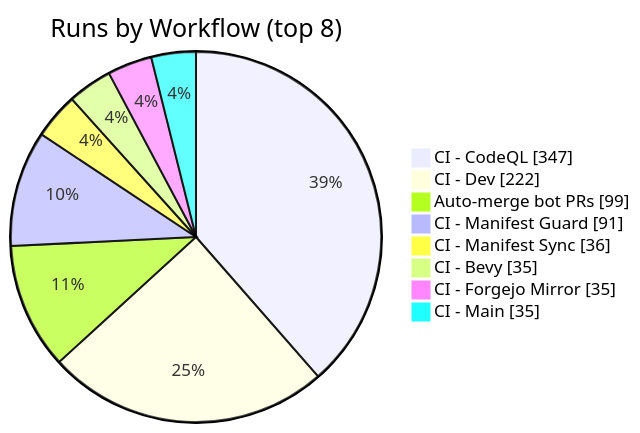
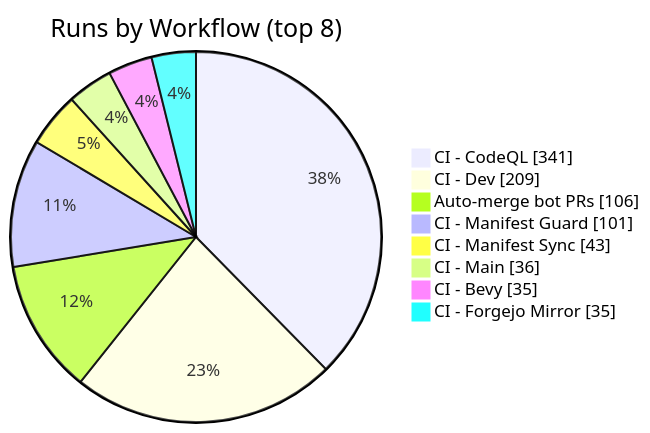
One commit to KBVE/kbve changed the second of 2 diagrams in apps/kbve/astro-kbve/src/content/docs/dashboard/ci-health.mdx. Above: the diagram before and after it, drawn with Mermaid. The commit also changed other lines of this file and 1 other file, not shown here.

````diff
--- a/apps/kbve/astro-kbve/src/content/docs/dashboard/ci-health.mdx
+++ b/apps/kbve/astro-kbve/src/content/docs/dashboard/ci-health.mdx
@@ -200,12 +200,12 @@
 ```mermaid
 pie showData
     title Runs by Workflow (top 8)
-    "CI - CodeQL" : 347
-    "CI - Dev" : 222
-    "Auto-merge bot PRs" : 99
-    "CI - Manifest Guard" : 91
-    "CI - Manifest Sync" : 36
+    "CI - CodeQL" : 341
+    "CI - Dev" : 209
+    "Auto-merge bot PRs" : 106
+    "CI - Manifest Guard" : 101
+    "CI - Manifest Sync" : 43
+    "CI - Main" : 36
     "CI - Bevy" : 35
     "CI - Forgejo Mirror" : 35
-    "CI - Main" : 35
 ```
````
